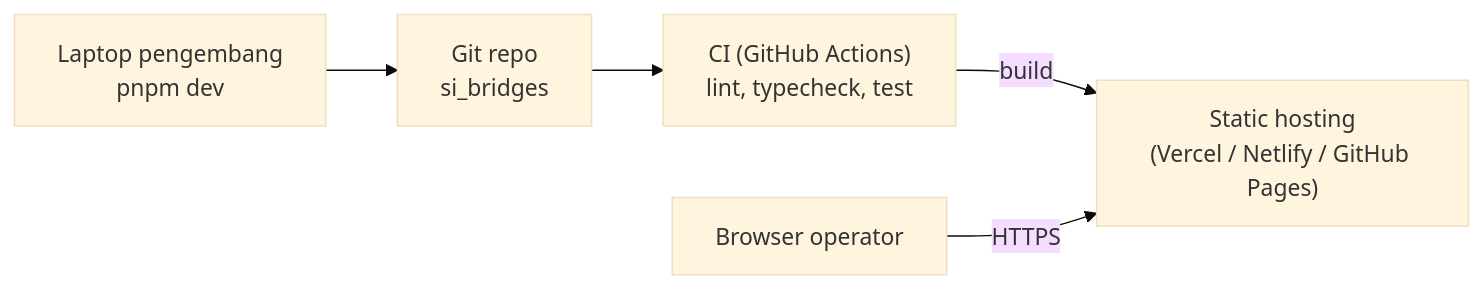
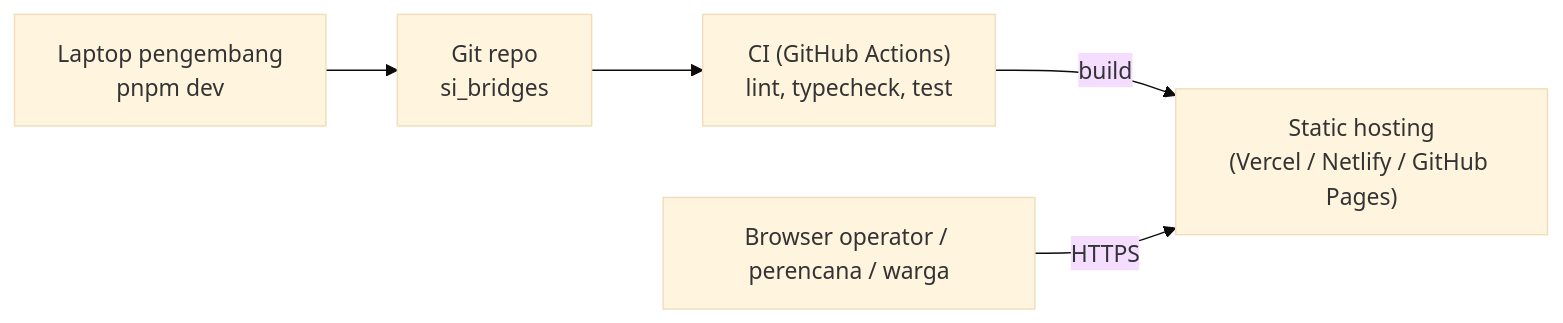
One commit to argonurcahyo/si_bridges changed the first of 3 diagrams in docs/architecture/04-deployment.md. Above: the diagram before and after it, drawn with Mermaid (base theme). The commit also changed other lines of this file and 126 other files, not shown here.

````diff
--- a/docs/architecture/04-deployment.md
+++ b/docs/architecture/04-deployment.md
@@ -7,13 +7,13 @@
 ```mermaid
 flowchart LR
     DEV["Laptop pengembang<br/>pnpm dev"]
     REPO["Git repo<br/>si_bridges"]
     CI["CI (GitHub Actions)<br/>lint, typecheck, test"]
     HOST["Static hosting<br/>(Vercel / Netlify / GitHub Pages)"]
-    BR["Browser operator"]
+    BR["Browser operator / perencana / warga"]
 
     DEV --> REPO
     REPO --> CI
     CI -->|build| HOST
     BR -->|HTTPS| HOST
 ```
````
